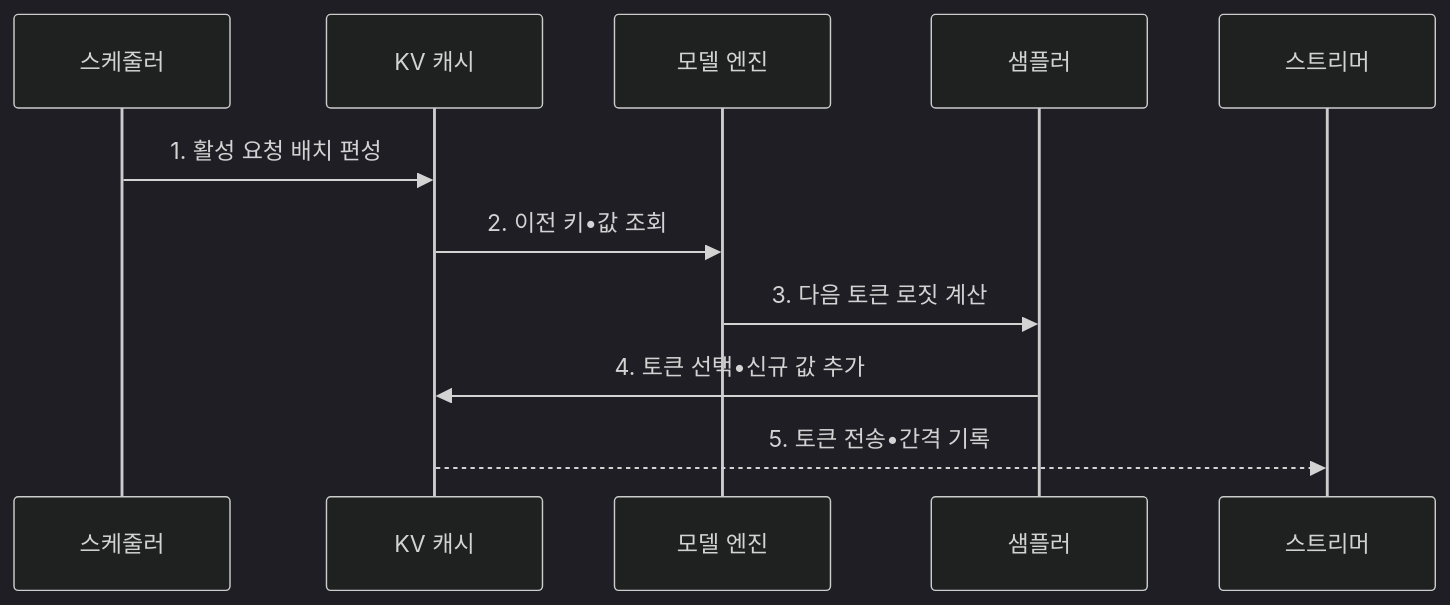
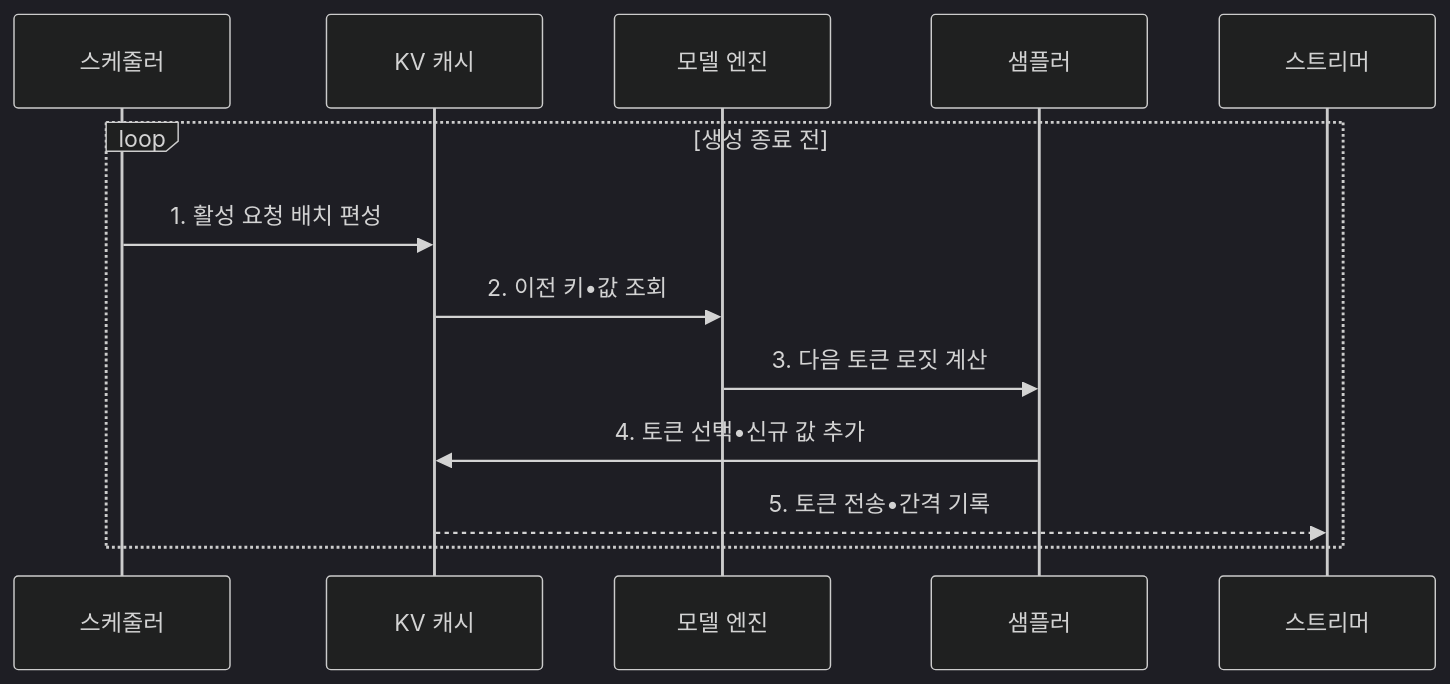
One commit to agnusdei1207/knowledge-base changed the second of 2 diagrams in src/content/docs/notes/08-latest-tech/047_tpot.md. Above: the diagram before and after it, drawn with Mermaid (dark theme). The commit also changed other lines of this file and 15 other files, not shown here.

````diff
--- a/src/content/docs/notes/08-latest-tech/047_tpot.md
+++ b/src/content/docs/notes/08-latest-tech/047_tpot.md
@@ -105,13 +105,15 @@
 ```mermaid
 sequenceDiagram
     participant S as 스케줄러
     participant K as KV 캐시
     participant E as 모델 엔진
     participant P as 샘플러
     participant T as 스트리머
-    S->>K: 1. 활성 요청 배치 편성
-    K->>E: 2. 이전 키•값 조회
-    E->>P: 3. 다음 토큰 로짓 계산
-    P->>K: 4. 토큰 선택•신규 값 추가
-    K-->>T: 5. 토큰 전송•간격 기록
+    loop 생성 종료 전
+        S->>K: 1. 활성 요청 배치 편성
+        K->>E: 2. 이전 키•값 조회
+        E->>P: 3. 다음 토큰 로짓 계산
+        P->>K: 4. 토큰 선택•신규 값 추가
+        K-->>T: 5. 토큰 전송•간격 기록
+    end
 ```
````
